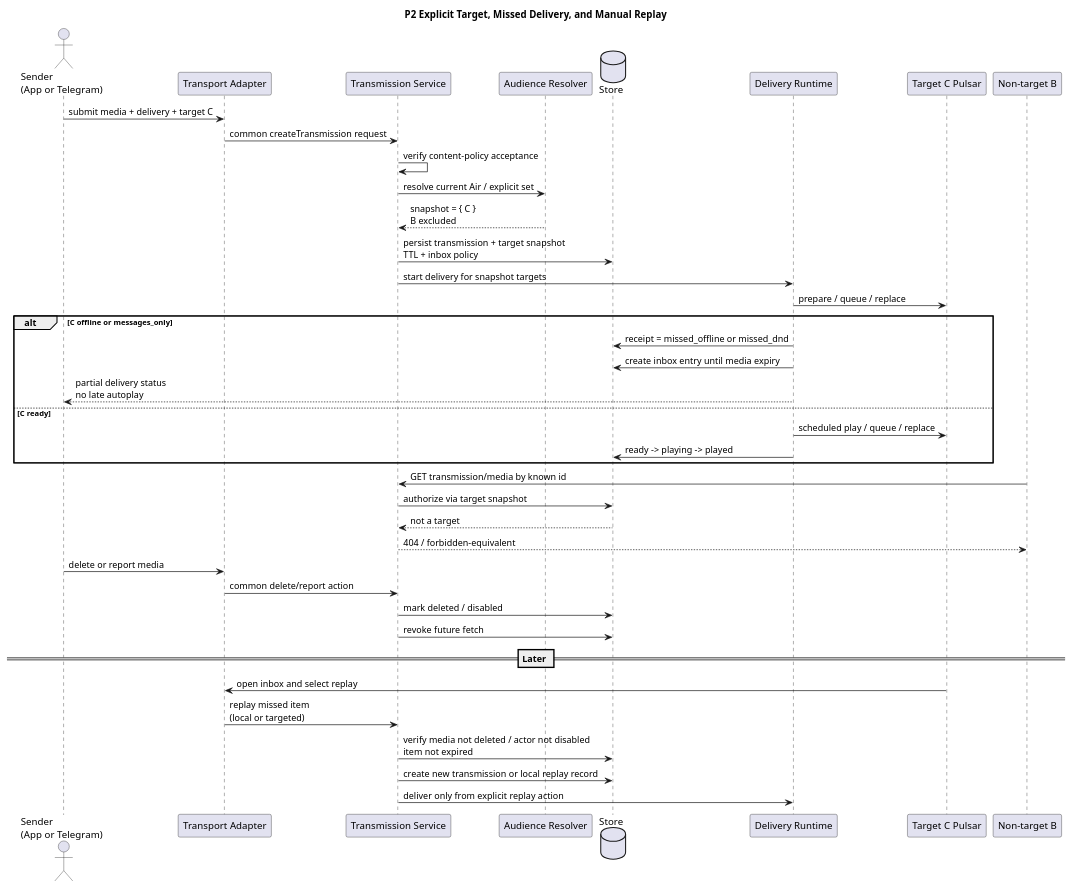
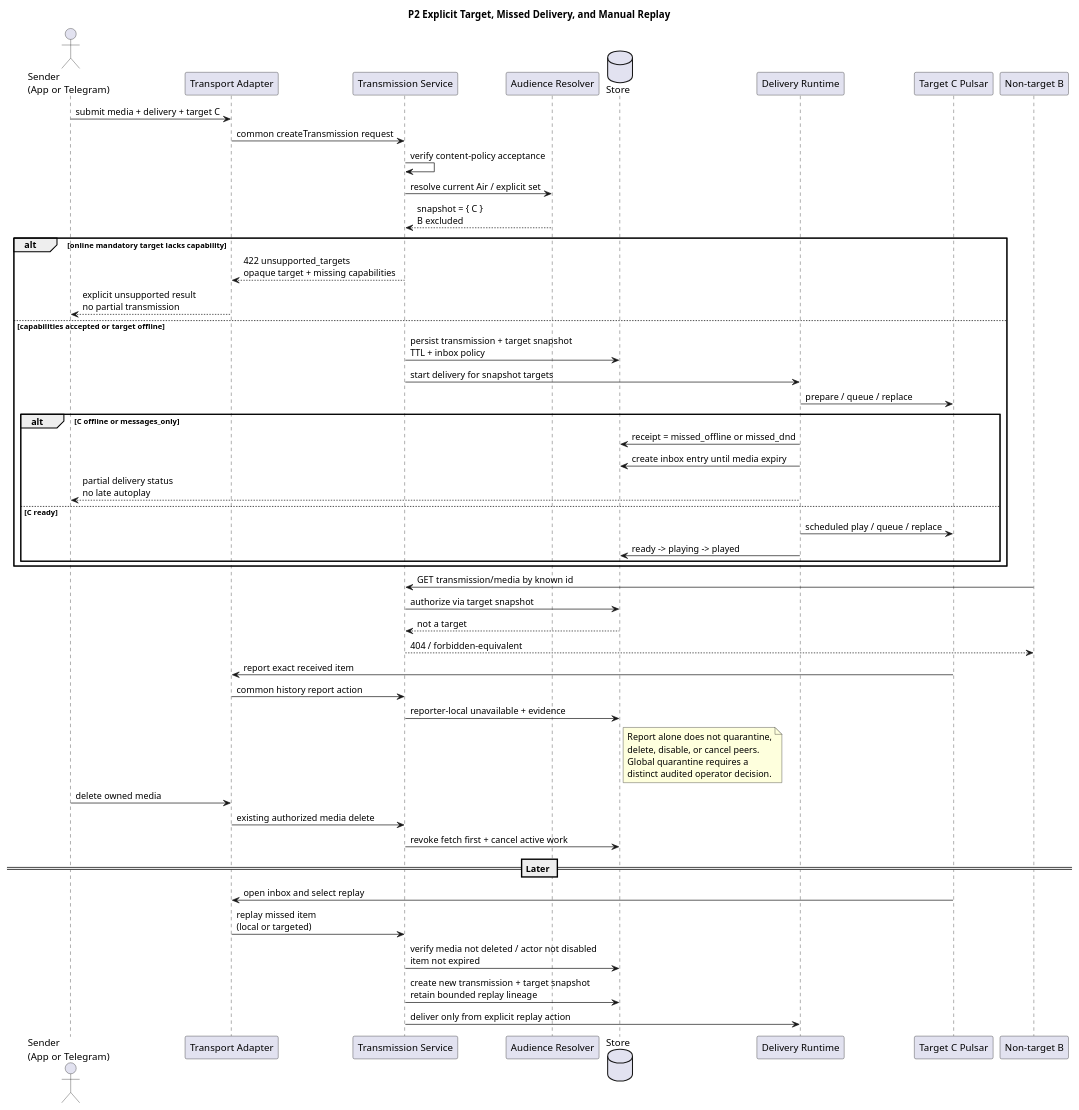
Before and after one commit to relux-works/barycenter: the diagram in docs/diagrams/p2-targets-inbox-parity-sequence.puml, drawn with PlantUML. The commit also changed 4 other files, not shown here.

```diff
--- a/docs/diagrams/p2-targets-inbox-parity-sequence.puml
+++ b/docs/diagrams/p2-targets-inbox-parity-sequence.puml
@@ -1,53 +1,67 @@
 @startuml
 title P2 Explicit Target, Missed Delivery, and Manual Replay
 
 skinparam backgroundColor white
 skinparam shadowing false
 skinparam defaultTextAlignment left
 
 actor "Sender\n(App or Telegram)" as sender
 participant "Transport Adapter" as adapter
 participant "Transmission Service" as txsvc
 participant "Audience Resolver" as resolver
 database "Store" as db
 participant "Delivery Runtime" as runtime
 participant "Target C Pulsar" as c
 participant "Non-target B" as b
 
 sender -> adapter : submit media + delivery + target C
 adapter -> txsvc : common createTransmission request
 txsvc -> txsvc : verify content-policy acceptance
 txsvc -> resolver : resolve current Air / explicit set
 resolver --> txsvc : snapshot = { C }\nB excluded
+alt online mandatory target lacks capability
+  txsvc --> adapter : 422 unsupported_targets\nopaque target + missing capabilities
+  adapter --> sender : explicit unsupported result\nno partial transmission
+else capabilities accepted or target offline
 txsvc -> db : persist transmission + target snapshot\nTTL + inbox policy
 txsvc -> runtime : start delivery for snapshot targets
 
 runtime -> c : prepare / queue / replace
 alt C offline or messages_only
   runtime -> db : receipt = missed_offline or missed_dnd
   runtime -> db : create inbox entry until media expiry
   runtime --> sender : partial delivery status\nno late autoplay
 else C ready
   runtime -> c : scheduled play / queue / replace
   runtime -> db : ready -> playing -> played
 end
+end
 
 b -> txsvc : GET transmission/media by known id
 txsvc -> db : authorize via target snapshot
 db --> txsvc : not a target
 txsvc --> b : 404 / forbidden-equivalent
 
-sender -> adapter : delete or report media
-adapter -> txsvc : common delete/report action
-txsvc -> db : mark deleted / disabled
-txsvc -> db : revoke future fetch
+c -> adapter : report exact received item
+adapter -> txsvc : common history report action
+txsvc -> db : reporter-local unavailable + evidence
+note right of db
+  Report alone does not quarantine,
+  delete, disable, or cancel peers.
+  Global quarantine requires a
+  distinct audited operator decision.
+end note
+
+sender -> adapter : delete owned media
+adapter -> txsvc : existing authorized media delete
+txsvc -> db : revoke fetch first + cancel active work
 
 == Later ==
 
 c -> adapter : open inbox and select replay
 adapter -> txsvc : replay missed item\n(local or targeted)
 txsvc -> db : verify media not deleted / actor not disabled\nitem not expired
-txsvc -> db : create new transmission or local replay record
+txsvc -> db : create new transmission + target snapshot\nretain bounded replay lineage
 txsvc -> runtime : deliver only from explicit replay action
 
 @enduml
```
